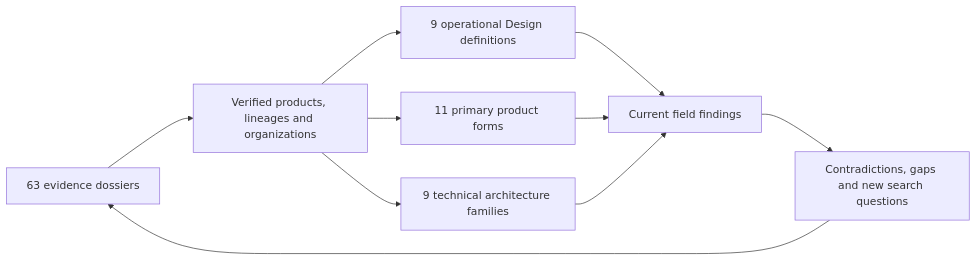
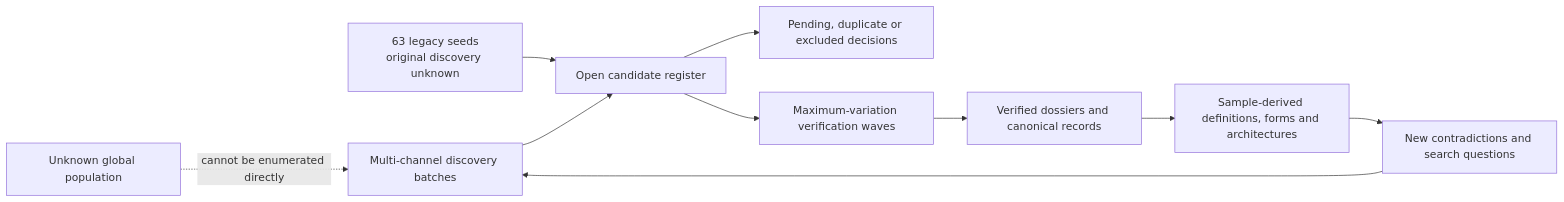
The diagram in README.md (cc1024201/ai-native-design-landscape), drawn with Mermaid before and after one commit. The commit also changed other lines of this file and 18 other files, not shown here.

Commit message:
Rebuild landscape around open discovery

````diff
--- a/README.md
+++ b/README.md
@@ -40,12 +39,12 @@
-```mermaid
+~~~mermaid
 flowchart LR
-    E["63 evidence dossiers"] --> U["Verified products, lineages and organizations"]
-    U --> D["9 operational Design definitions"]
-    U --> P["11 primary product forms"]
-    U --> A["9 technical architecture families"]
-    D --> F["Current field findings"]
-    P --> F
-    A --> F
-    F --> Q["Contradictions, gaps and new search questions"]
-    Q --> E
-```
+    W["Unknown global population"] -. "cannot be enumerated directly" .-> S["Multi-channel discovery batches"]
+    L["63 legacy seeds<br/>original discovery unknown"] --> C["Open candidate register"]
+    S --> C
+    C --> D["Pending, duplicate or excluded decisions"]
+    C --> V["Maximum-variation verification waves"]
+    V --> R["Verified dossiers and canonical records"]
+    R --> T["Sample-derived definitions, forms and architectures"]
+    T --> Q["New contradictions and search questions"]
+    Q --> S
+~~~
````
